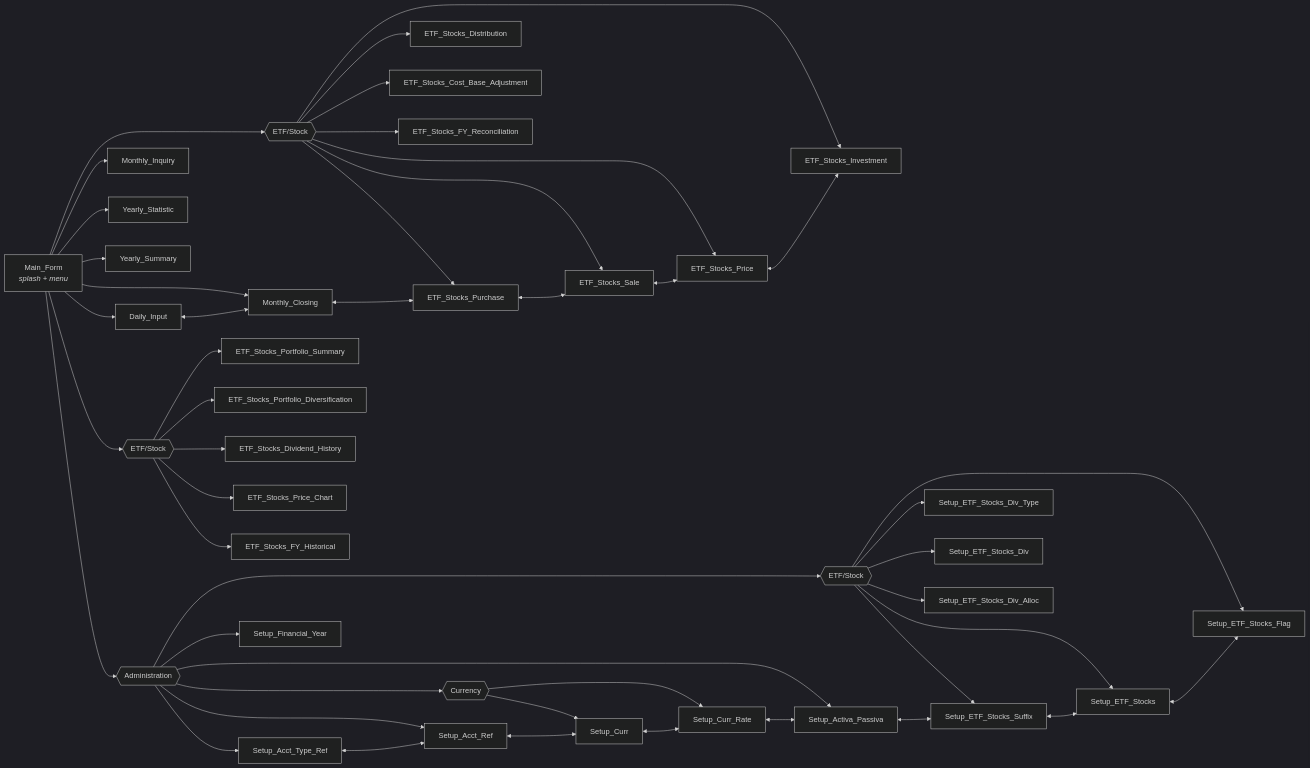
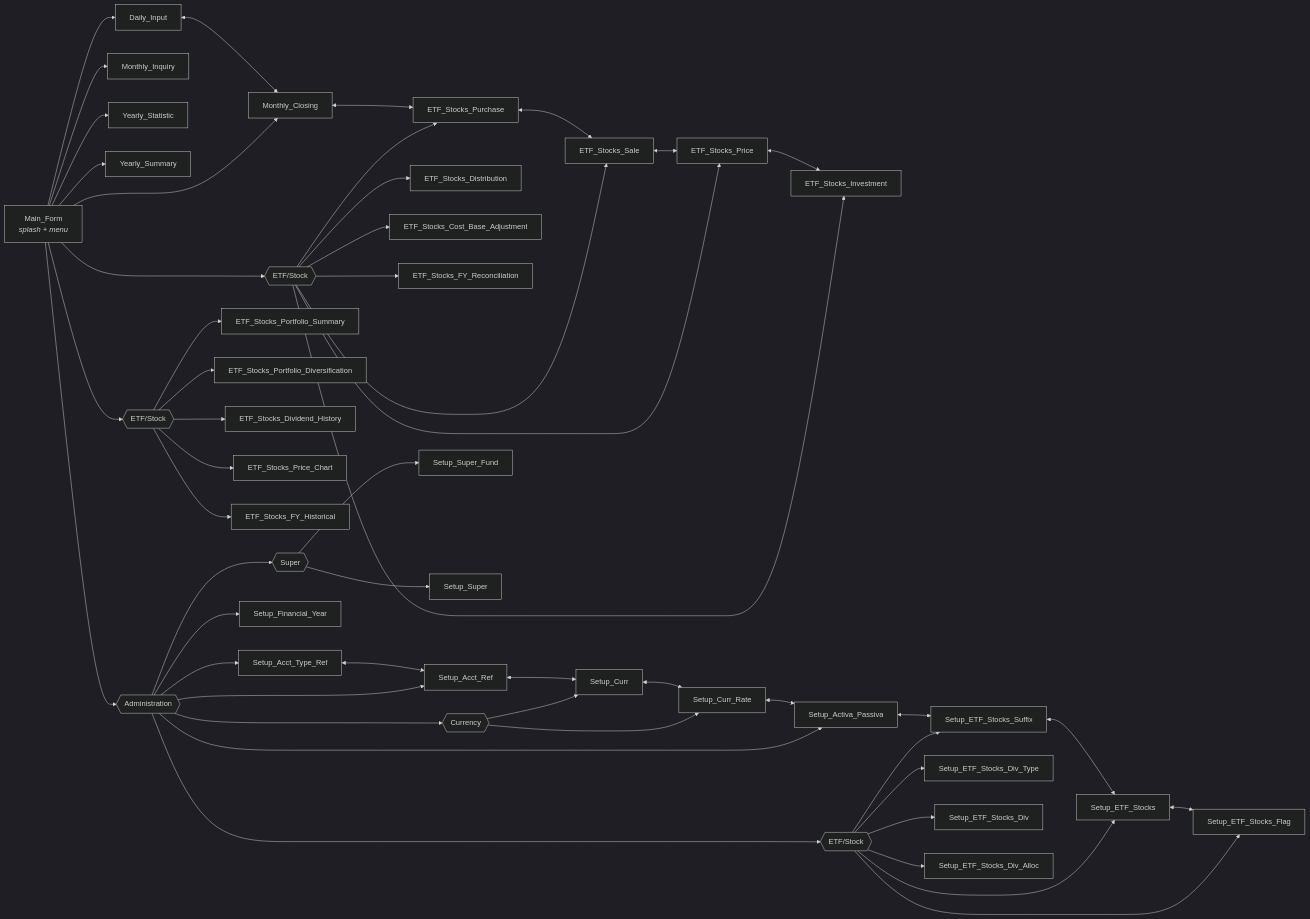
The second of 3 diagrams in README.md (oscar-rijadi/FinancialBalance), drawn with Mermaid (dark theme) before and after one commit. The commit also changed other lines of this file and 64 other files, not shown here.

Commit message:
Implement Setup Super Fund and Setup Super.

````diff
--- a/README.md
+++ b/README.md
@@ -101,54 +102,57 @@
 ```mermaid
 flowchart LR
     MAIN["Main_Form<br/><i>splash + menu</i>"]
 
     MAIN --> DI["Daily_Input"]
     MAIN --> MC["Monthly_Closing"]
     MAIN --> PETFG{{"ETF/Stock"}}
     PETFG --> ETP["ETF_Stocks_Price"]
     PETFG --> ETI["ETF_Stocks_Investment"]
     PETFG --> ETB["ETF_Stocks_Purchase"]
     PETFG --> ETS["ETF_Stocks_Sale"]
     PETFG --> ETD["ETF_Stocks_Distribution"]
     PETFG --> ECB["ETF_Stocks_Cost_Base_Adjustment"]
     PETFG --> ETR["ETF_Stocks_FY_Reconciliation"]
     MAIN --> MI["Monthly_Inquiry"]
     MAIN --> YT["Yearly_Statistic"]
     MAIN --> YS["Yearly_Summary"]
     MAIN --> PORTG{{"ETF/Stock"}}
     PORTG --> PSUM["ETF_Stocks_Portfolio_Summary"]
     PORTG --> PDIV["ETF_Stocks_Portfolio_Diversification"]
     PORTG --> PDVH["ETF_Stocks_Dividend_History"]
     PORTG --> PPCH["ETF_Stocks_Price_Chart"]
     PORTG --> PFYH["ETF_Stocks_FY_Historical"]
 
     MAIN --> ADMIN{{"Administration"}}
     ADMIN --> SATR["Setup_Acct_Type_Ref"]
     ADMIN --> SAR["Setup_Acct_Ref"]
     ADMIN --> CURG{{"Currency"}}
     CURG --> SC["Setup_Curr"]
     CURG --> SCR["Setup_Curr_Rate"]
     ADMIN --> SAP["Setup_Activa_Passiva"]
     ADMIN --> SFY["Setup_Financial_Year"]
     ADMIN --> ETFG{{"ETF/Stock"}}
     ETFG --> SES["Setup_ETF_Stocks_Suffix"]
     ETFG --> SET["Setup_ETF_Stocks"]
     ETFG --> SEF["Setup_ETF_Stocks_Flag"]
     ETFG --> SDT["Setup_ETF_Stocks_Div_Type"]
     ETFG --> SDV["Setup_ETF_Stocks_Div"]
     ETFG --> SDA["Setup_ETF_Stocks_Div_Alloc"]
+    ADMIN --> SUPG{{"Super"}}
+    SUPG --> SSF["Setup_Super_Fund"]
+    SUPG --> SSU["Setup_Super"]
 
     DI <--> MC
     MC <--> ETB
     ETB <--> ETS
     ETS <--> ETP
     ETP <--> ETI
 
     SATR <--> SAR
     SAR <--> SC
     SC <--> SCR
     SCR <--> SAP
     SAP <--> SES
     SES <--> SET
     SET <--> SEF
 ```
````
